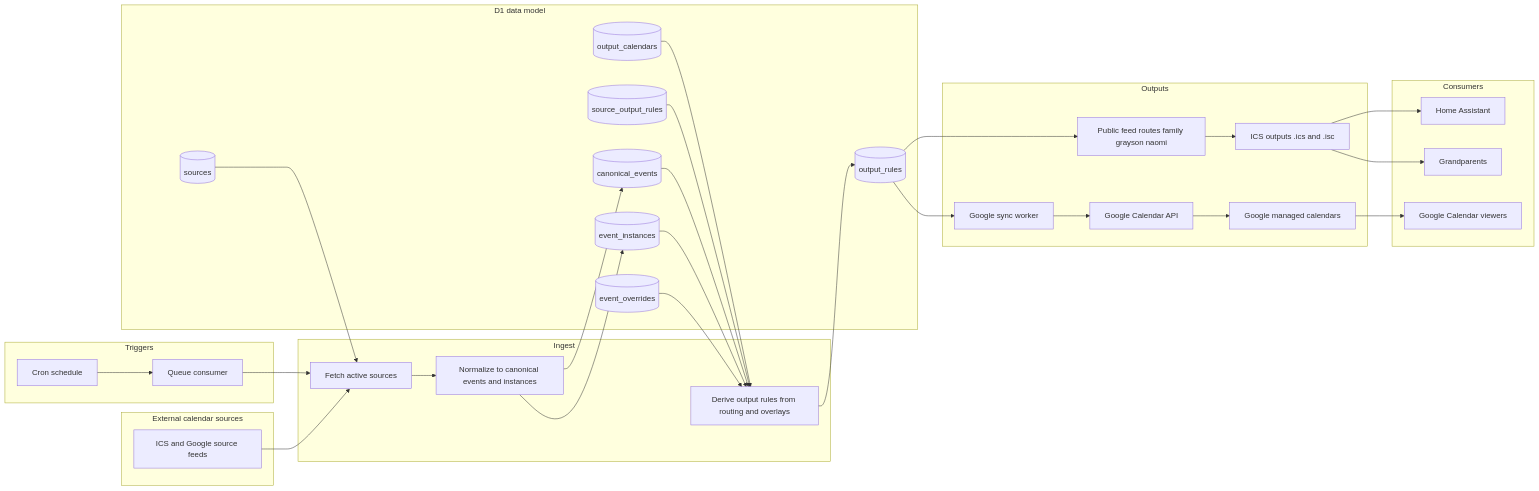
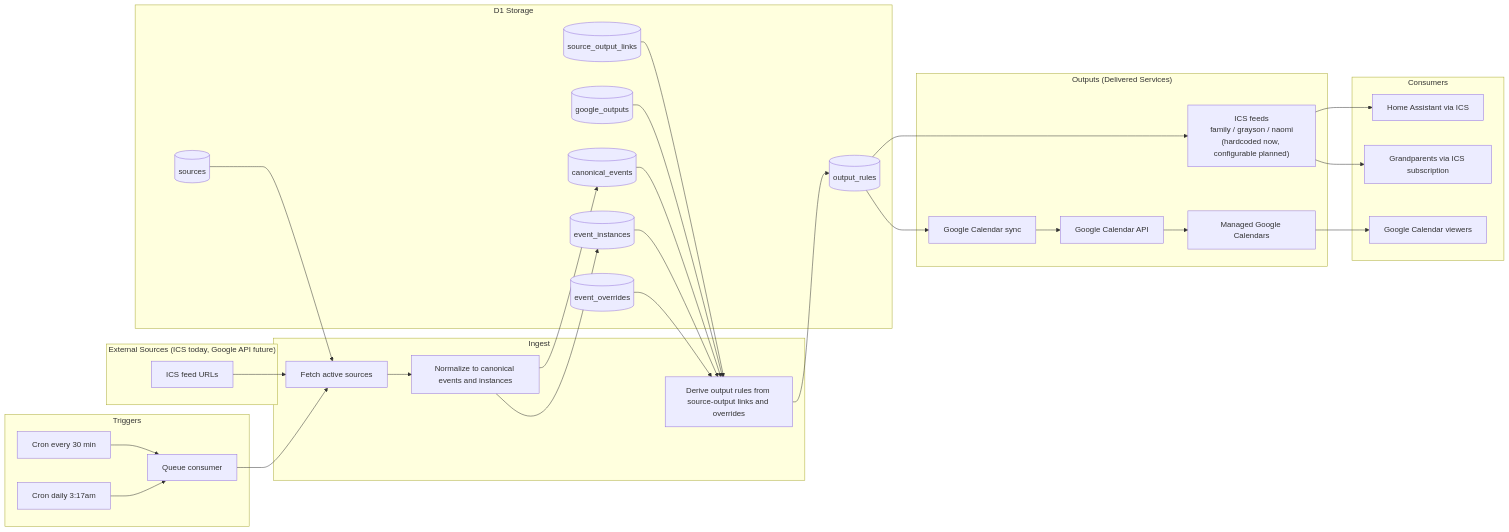
One commit to sprynm/family-scheduling changed the first of 2 diagrams in docs/workflow-diagram.md. Above: the diagram before and after it, drawn with Mermaid. The commit also changed other lines of this file and 2 other files, not shown here.

Commit message:
Add source_target_links table for managing source-output assignments

````diff
--- a/docs/workflow-diagram.md
+++ b/docs/workflow-diagram.md
@@ -5,67 +18,63 @@
 ```mermaid
 flowchart LR
     subgraph Triggers
-        CRON[Cron schedule]
+        CRON[Cron every 30 min]
+        PRUNE[Cron daily 3:17am]
         QUEUE[Queue consumer]
     end
 
-    subgraph ExternalSources["External calendar sources"]
-        EXT1[ICS and Google source feeds]
+    subgraph Sources["External Sources (ICS today, Google API future)"]
+        EXT[ICS feed URLs]
     end
 
     subgraph Ingest
         FETCH[Fetch active sources]
         NORM[Normalize to canonical events and instances]
-        DERIVE[Derive output rules from routing and overlays]
+        DERIVE[Derive output rules from source-output links and overrides]
     end
 
-    subgraph D1["D1 data model"]
+    subgraph Store["D1 Storage"]
         SRC[(sources)]
-        OUT[(output_calendars)]
-        JOIN[(source_output_rules)]
+        STL[(source_output_links)]
         CE[(canonical_events)]
         EI[(event_instances)]
         OV[(event_overrides)]
         OR[(output_rules)]
+        GT[(google_outputs)]
     end
 
-    subgraph Outputs
-        FEEDROUTE[Public feed routes family grayson naomi]
-        ICS[ICS outputs .ics and .isc]
-        GCSYNC[Google sync worker]
+    subgraph Outputs["Outputs (Delivered Services)"]
+        ICS["ICS feeds\nfamily / grayson / naomi\n(hardcoded now, configurable planned)"]
+        GCSYNC[Google Calendar sync]
         GCAPI[Google Calendar API]
-        GCCALS[Google managed calendars]
+        GCCALS[Managed Google Calendars]
     end
 
     subgraph Consumers
-        HA[Home Assistant]
-        GP[Grandparents]
+        HA[Home Assistant via ICS]
+        GP[Grandparents via ICS subscription]
         GCV[Google Calendar viewers]
     end
 
     CRON --> QUEUE
+    PRUNE --> QUEUE
+    EXT --> FETCH
+    SRC --> FETCH
     QUEUE --> FETCH
-    EXT1 --> FETCH
-
-    SRC --> FETCH
     FETCH --> NORM
     NORM --> CE
     NORM --> EI
-
-    OUT --> DERIVE
-    JOIN --> DERIVE
+    STL --> DERIVE
+    GT --> DERIVE
     CE --> DERIVE
     EI --> DERIVE
     OV --> DERIVE
     DERIVE --> OR
-
-    OR --> FEEDROUTE
-    FEEDROUTE --> ICS
-    ICS --> HA
-    ICS --> GP
-
+    OR --> ICS
     OR --> GCSYNC
     GCSYNC --> GCAPI
     GCAPI --> GCCALS
+    ICS --> HA
+    ICS --> GP
     GCCALS --> GCV
 ```
````
